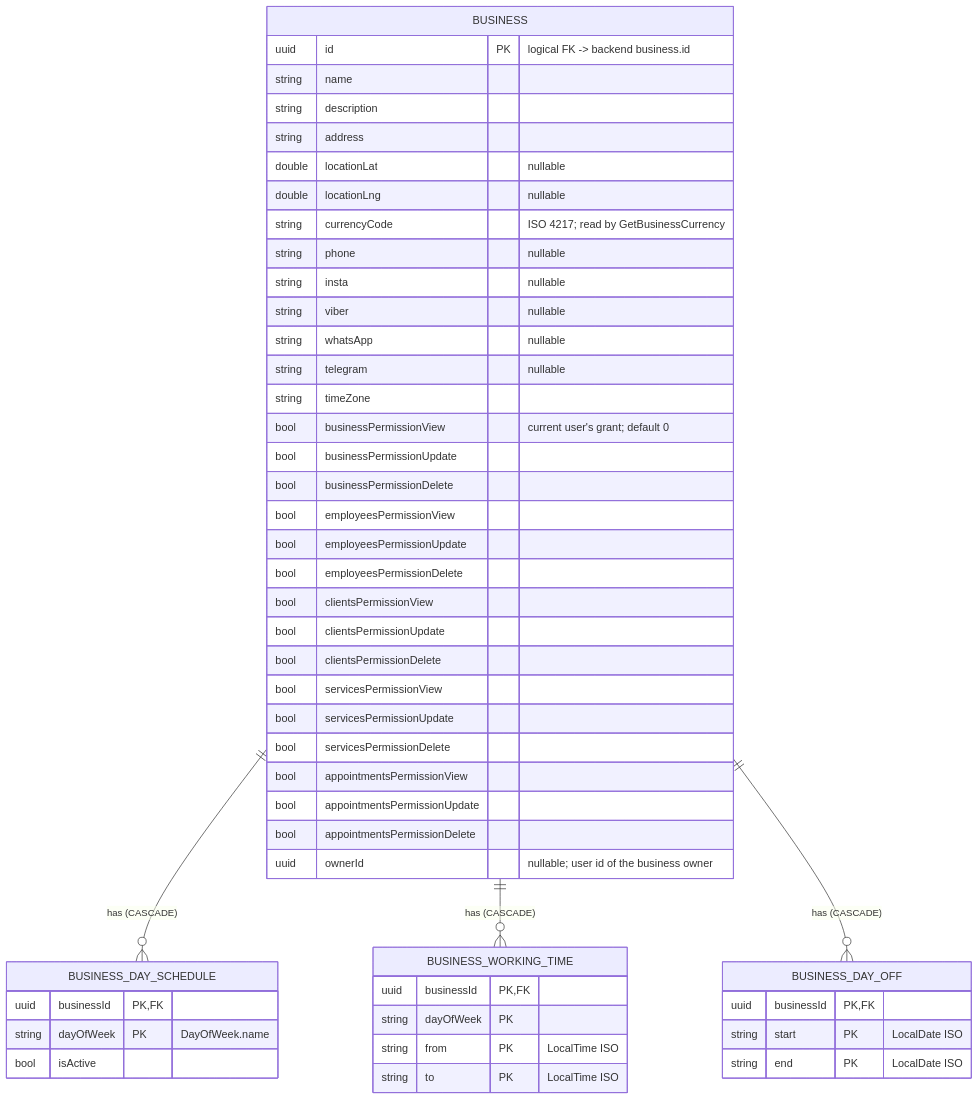
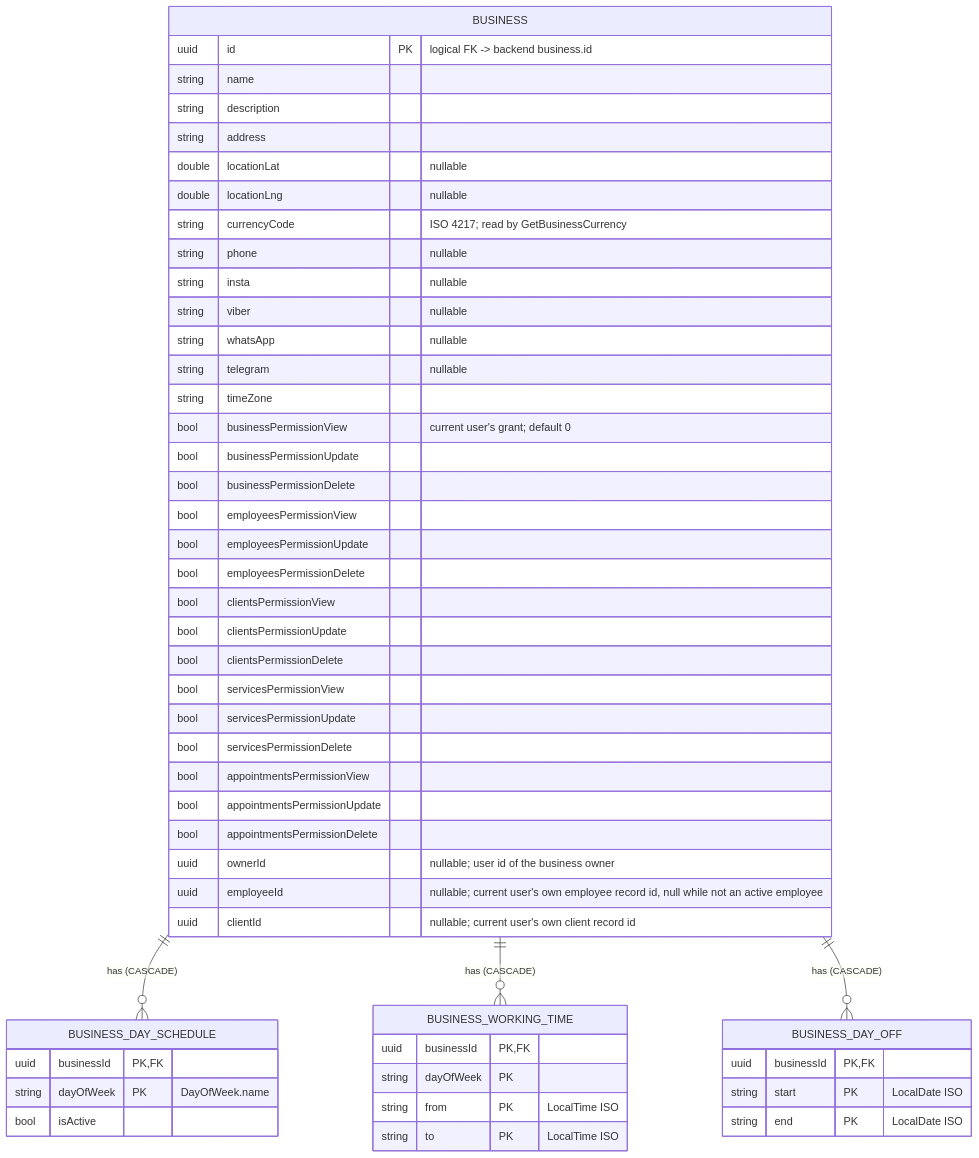
One commit to nocturneproperties/bookkme-client changed the diagram in docs/database/business.md. Above: the diagram before and after it, drawn with Mermaid. The commit also changed other lines of this file and 33 other files, not shown here.

````diff
--- a/docs/database/business.md
+++ b/docs/database/business.md
@@ -13,57 +13,59 @@
 ```mermaid
 erDiagram
     BUSINESS ||--o{ BUSINESS_DAY_SCHEDULE : "has (CASCADE)"
     BUSINESS ||--o{ BUSINESS_WORKING_TIME : "has (CASCADE)"
     BUSINESS ||--o{ BUSINESS_DAY_OFF : "has (CASCADE)"
 
     BUSINESS {
         uuid id PK "logical FK -> backend business.id"
         string name
         string description
         string address
         double locationLat "nullable"
         double locationLng "nullable"
         string currencyCode "ISO 4217; read by GetBusinessCurrency"
         string phone "nullable"
         string insta "nullable"
         string viber "nullable"
         string whatsApp "nullable"
         string telegram "nullable"
         string timeZone
         bool businessPermissionView "current user's grant; default 0"
         bool businessPermissionUpdate
         bool businessPermissionDelete
         bool employeesPermissionView
         bool employeesPermissionUpdate
         bool employeesPermissionDelete
         bool clientsPermissionView
         bool clientsPermissionUpdate
         bool clientsPermissionDelete
         bool servicesPermissionView
         bool servicesPermissionUpdate
         bool servicesPermissionDelete
         bool appointmentsPermissionView
         bool appointmentsPermissionUpdate
         bool appointmentsPermissionDelete
         uuid ownerId "nullable; user id of the business owner"
+        uuid employeeId "nullable; current user's own employee record id, null while not an active employee"
+        uuid clientId "nullable; current user's own client record id"
     }
 
     BUSINESS_DAY_SCHEDULE {
         uuid businessId PK,FK
         string dayOfWeek PK "DayOfWeek.name"
         bool isActive
     }
 
     BUSINESS_WORKING_TIME {
         uuid businessId PK,FK
         string dayOfWeek PK
         string from PK "LocalTime ISO"
         string to PK "LocalTime ISO"
     }
 
     BUSINESS_DAY_OFF {
         uuid businessId PK,FK
         string start PK "LocalDate ISO"
         string end PK "LocalDate ISO"
     }
 ```
````
